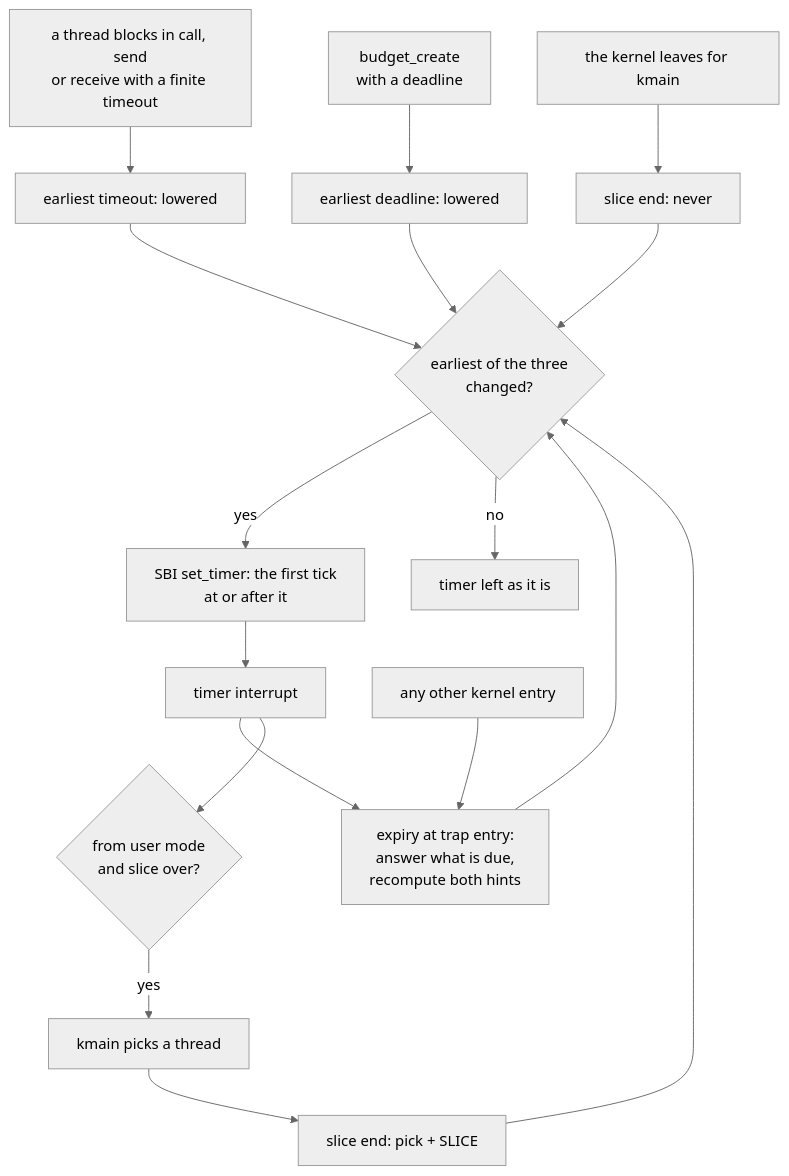
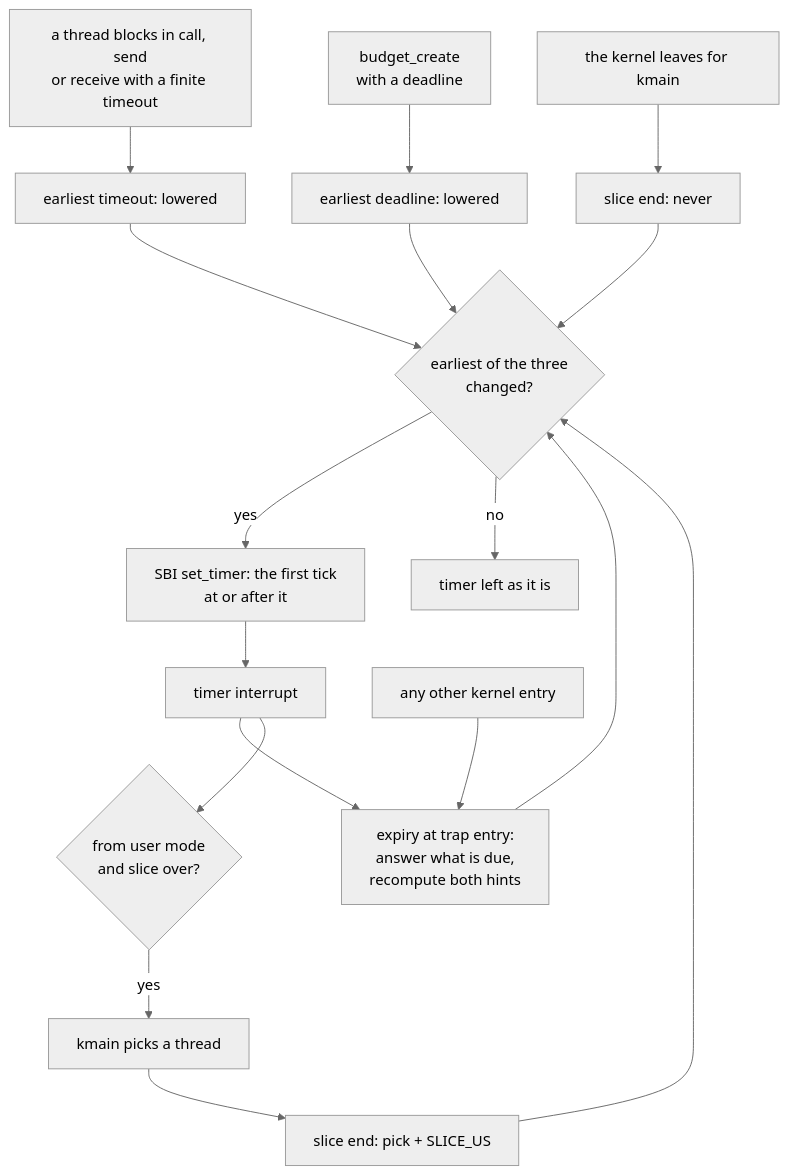
One commit to sirmick/redoubt changed the diagram in docs/kernel/timer.md. Above: the diagram before and after it, drawn with Mermaid (neutral theme). The commit also changed other lines of this file and 3 other files, not shown here.

````diff
--- a/docs/kernel/timer.md
+++ b/docs/kernel/timer.md
@@ -69,19 +69,19 @@
 ```mermaid
 flowchart TD
     blk["a thread blocks in call, send<br/>or receive with a finite timeout"] --> hto["earliest timeout: lowered"]
     mk["budget_create<br/>with a deadline"] --> hdl["earliest deadline: lowered"]
-    pick[kmain picks a thread] --> hsl["slice end: pick + SLICE"]
+    pick[kmain picks a thread] --> hsl["slice end: pick + SLICE_US"]
     leave[the kernel leaves for kmain] --> hnv["slice end: never"]
     hto --> M{earliest of the three<br/>changed?}
     hdl --> M
     hsl --> M
     hnv --> M
     M -- yes --> arm["SBI set_timer: the first tick<br/>at or after it"]
     M -- no --> K[timer left as it is]
     arm --> I[timer interrupt]
     I --> X["expiry at trap entry:<br/>answer what is due,<br/>recompute both hints"]
     Y[any other kernel entry] --> X
     X --> M
     I --> over{"from user mode<br/>and slice over?"}
     over -- yes --> pick
 ```
````
